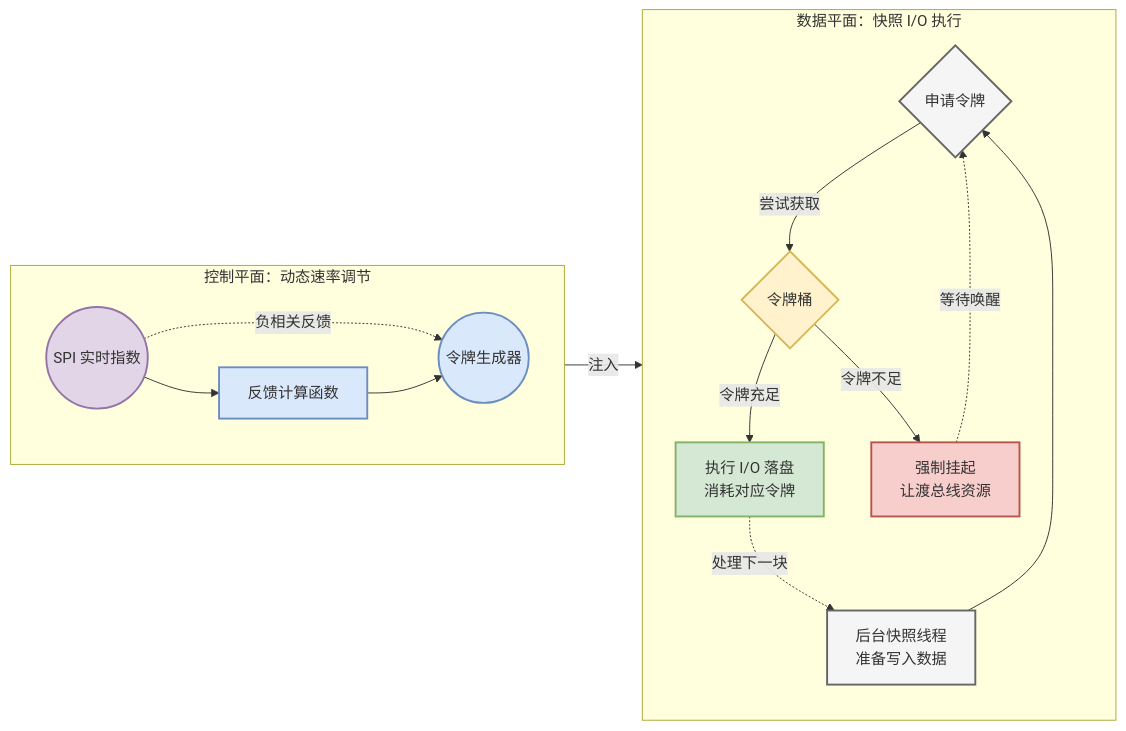
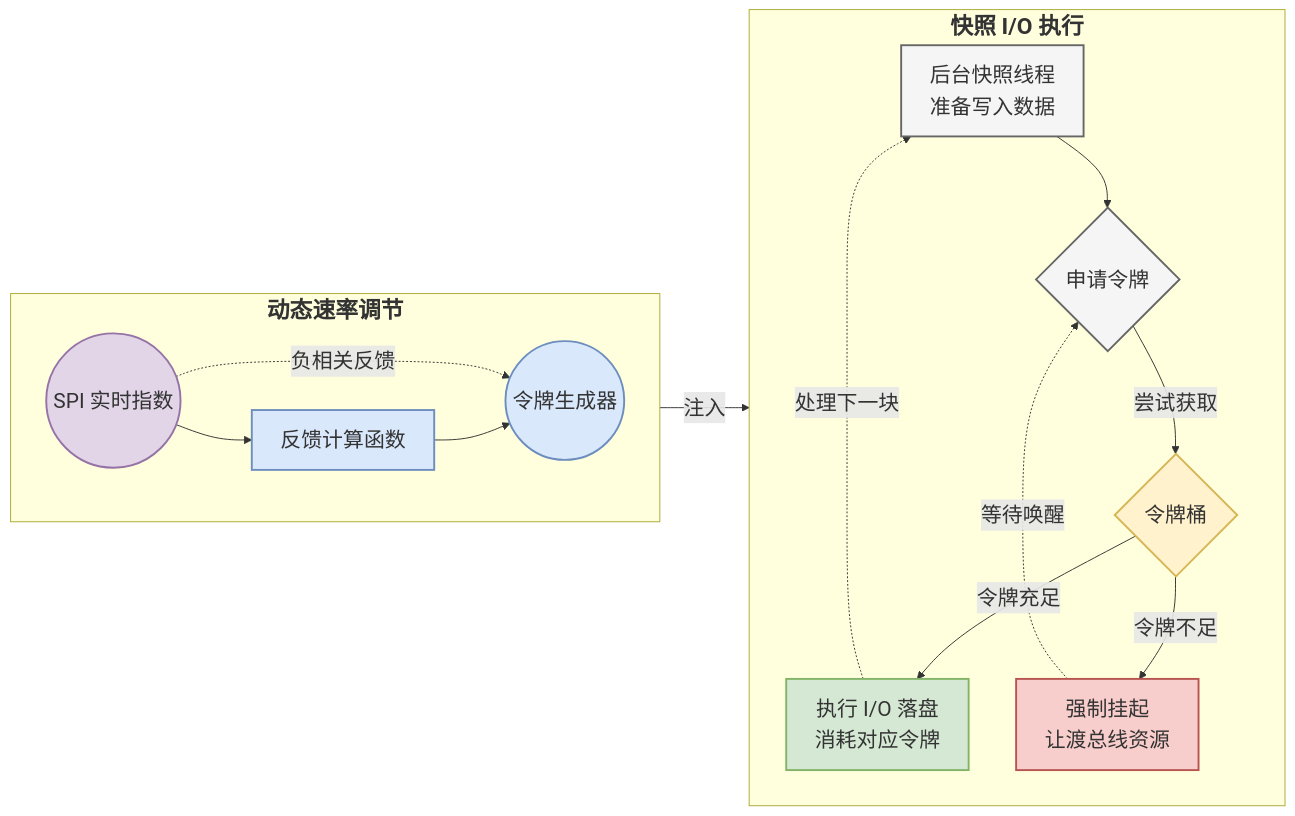
Before and after one commit to Soul-of-Sky/lunwen: the diagram in figures/bucket.mmd, drawn with Mermaid. The commit also changed 40 other files, not shown here.

```diff
--- a/figures/bucket.mmd
+++ b/figures/bucket.mmd
@@ -1,44 +1,42 @@
 ---
 config:
   layout: dagre
 ---
 flowchart LR
- subgraph ControlPlane["控制平面：动态速率调节"]
+    %% --- 样式定义 (保留原色，锁定字号) ---
+    classDef control fill:#dae8fc,stroke:#6c8ebf,stroke-width:2px,color:#333,font-size:22px;
+    classDef bucket fill:#fff2cc,stroke:#d6b656,stroke-width:2px,color:#333,font-size:22px;
+    classDef process fill:#f5f5f5,stroke:#666,stroke-width:2px,color:#333,font-size:22px;
+    classDef action fill:#d5e8d4,stroke:#82b366,stroke-width:2px,color:#333,font-size:22px;
+    classDef wait fill:#f8cecc,stroke:#b85450,stroke-width:2px,color:#333,font-size:22px;
+    classDef input fill:#e1d5e7,stroke:#9673a6,stroke-width:2px,color:#333,font-size:22px;
+
+ subgraph ControlPlane ["<div style='margin-bottom:25px; font-size:24px; font-weight:bold;'>动态速率调节</div>"]
     direction LR
-        Formula["反馈计算函数"]
-        SPI(("SPI 实时指数"))
-        TokenGen(("令牌生成器"))
+        Formula["反馈计算函数"]:::control
+        SPI(("SPI 实时指数")):::input
+        TokenGen(("令牌生成器")):::control
   end
- subgraph DataPlane["数据平面：快照 I/O 执行"]
+
+ subgraph DataPlane ["<div style='margin-bottom:25px; font-size:24px; font-weight:bold;'>快照 I/O 执行</div>"]
     direction TB
-        Request{"申请令牌"}
-        Thread["后台快照线程<br>准备写入数据"]
-        Bucket{"令牌桶"}
-        IO_Action["执行 I/O 落盘<br>消耗对应令牌"]
-        Sleep["强制挂起<br>让渡总线资源"]
+        Thread["后台快照线程<br>准备写入数据"]:::process
+        Request{"申请令牌"}:::process
+        Bucket{"令牌桶"}:::bucket
+        IO_Action["执行 I/O 落盘<br>消耗对应令牌"]:::action
+        Sleep["强制挂起<br>让渡总线资源"]:::wait
   end
+
+    %% --- 连线逻辑 (完全保留原始文字，锁定 22px) ---
     SPI --> Formula
-    TokenGen -- 注入 --> Bucket
+    TokenGen -- "<span style='font-size:22px;'>注入</span>" --> Bucket
     Thread --> Request
-    Request -- 尝试获取 --> Bucket
-    Bucket -- 令牌充足 --> IO_Action
-    Bucket -- 令牌不足 --> Sleep
-    Sleep -. 等待唤醒 .-> Request
-    IO_Action -. 处理下一块 .-> Thread
-    SPI -. 负相关反馈 .-> TokenGen
+    Request -- "<span style='font-size:22px;'>尝试获取</span>" --> Bucket
+    
+    Bucket -- "<span style='font-size:22px;'>令牌充足</span>" --> IO_Action
+    Bucket -- "<span style='font-size:22px;'>令牌不足</span>" --> Sleep
+    
+    Sleep -. "<span style='font-size:22px;'>等待唤醒</span>" .-> Request
+    IO_Action -. "<span style='font-size:22px;'>处理下一块</span>" .-> Thread
+    SPI -. "<span style='font-size:22px;'>负相关反馈</span>" .-> TokenGen
     Formula --> TokenGen
-
-     Formula:::control
-     SPI:::input
-     TokenGen:::control
-     Request:::process
-     Thread:::process
-     Bucket:::bucket
-     IO_Action:::action
-     Sleep:::wait
-    classDef control fill:#dae8fc,stroke:#6c8ebf,stroke-width:2px,color:#333
-    classDef bucket fill:#fff2cc,stroke:#d6b656,stroke-width:2px,color:#333
-    classDef process fill:#f5f5f5,stroke:#666,stroke-width:2px,color:#333
-    classDef action fill:#d5e8d4,stroke:#82b366,stroke-width:2px,color:#333
-    classDef wait fill:#f8cecc,stroke:#b85450,stroke-width:2px,color:#333
-    classDef input fill:#e1d5e7,stroke:#9673a6,stroke-width:2px,color:#333
```
